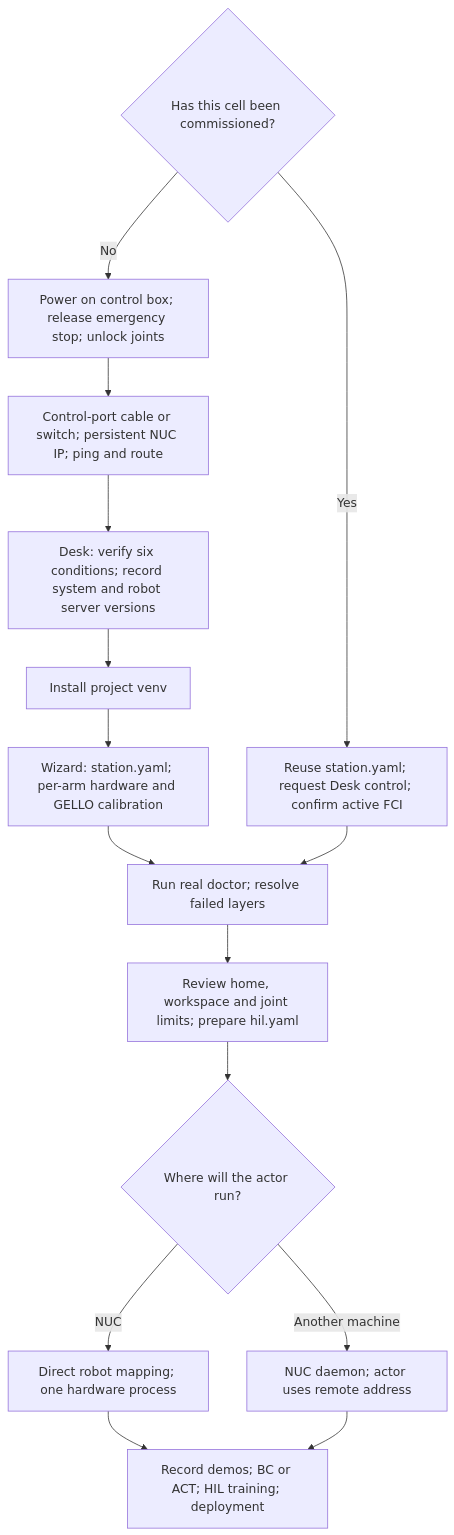
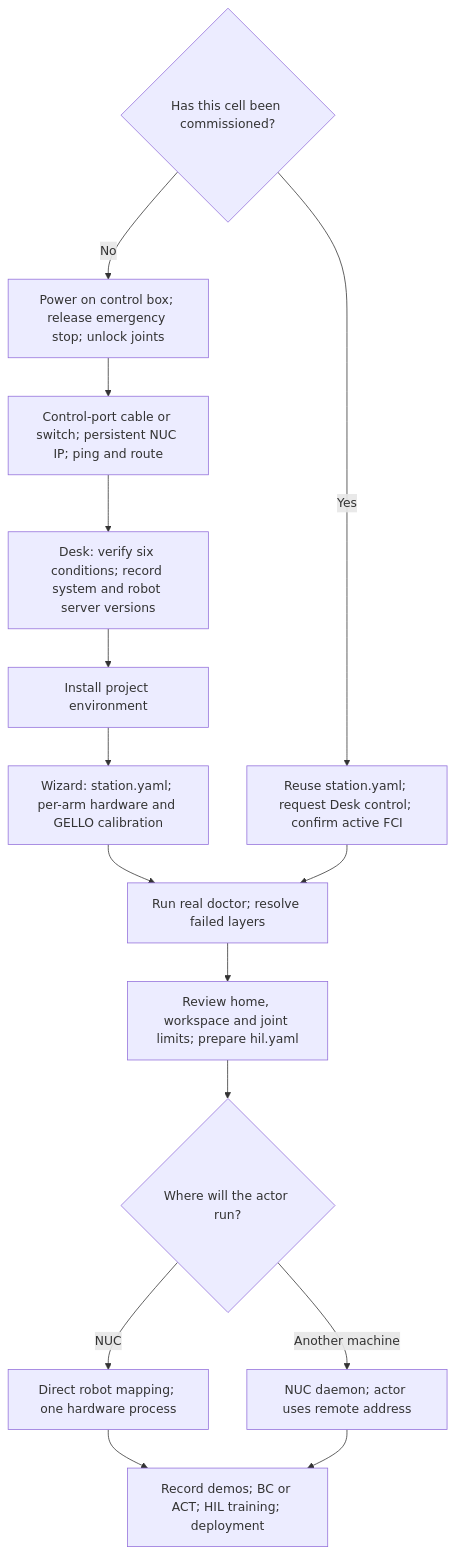
The diagram in docs/getting-started-hardware.md (JaimeParker/real-world-rl), drawn with Mermaid before and after one commit. The commit also changed other lines of this file and 30 other files, not shown here.

First line of the commit message:
docs: call the install target the "project environment" instead of `.venv`

````diff
--- a/docs/getting-started-hardware.md
+++ b/docs/getting-started-hardware.md
@@ -9,18 +9,18 @@
 ```mermaid
 flowchart TD
     A{Has this cell been commissioned?}
     A -->|No| B[Power on control box; release emergency stop; unlock joints]
     B --> C[Control-port cable or switch; persistent NUC IP; ping and route]
     C --> D[Desk: verify six conditions; record system and robot server versions]
-    D --> E[Install project venv]
+    D --> E[Install project environment]
     E --> F[Wizard: station.yaml; per-arm hardware and GELLO calibration]
     A -->|Yes| G[Reuse station.yaml; request Desk control; confirm active FCI]
     F --> H[Run real doctor; resolve failed layers]
     G --> H
     H --> I[Review home, workspace and joint limits; prepare hil.yaml]
     I --> J{Where will the actor run?}
     J -->|NUC| K[Direct robot mapping; one hardware process]
     J -->|Another machine| L[NUC daemon; actor uses remote address]
     K --> M[Record demos; BC or ACT; HIL training; deployment]
     L --> M
 ```
````
